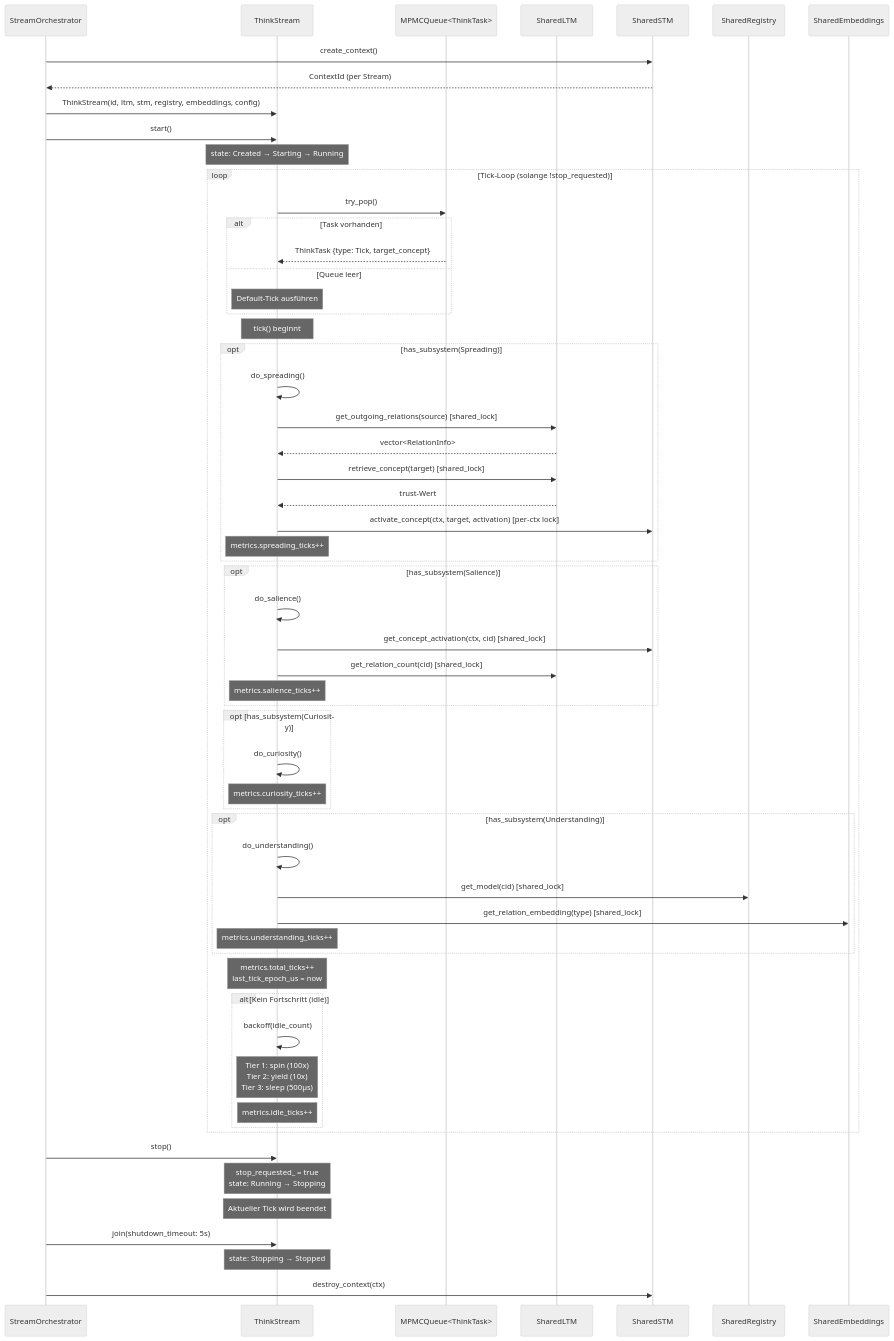
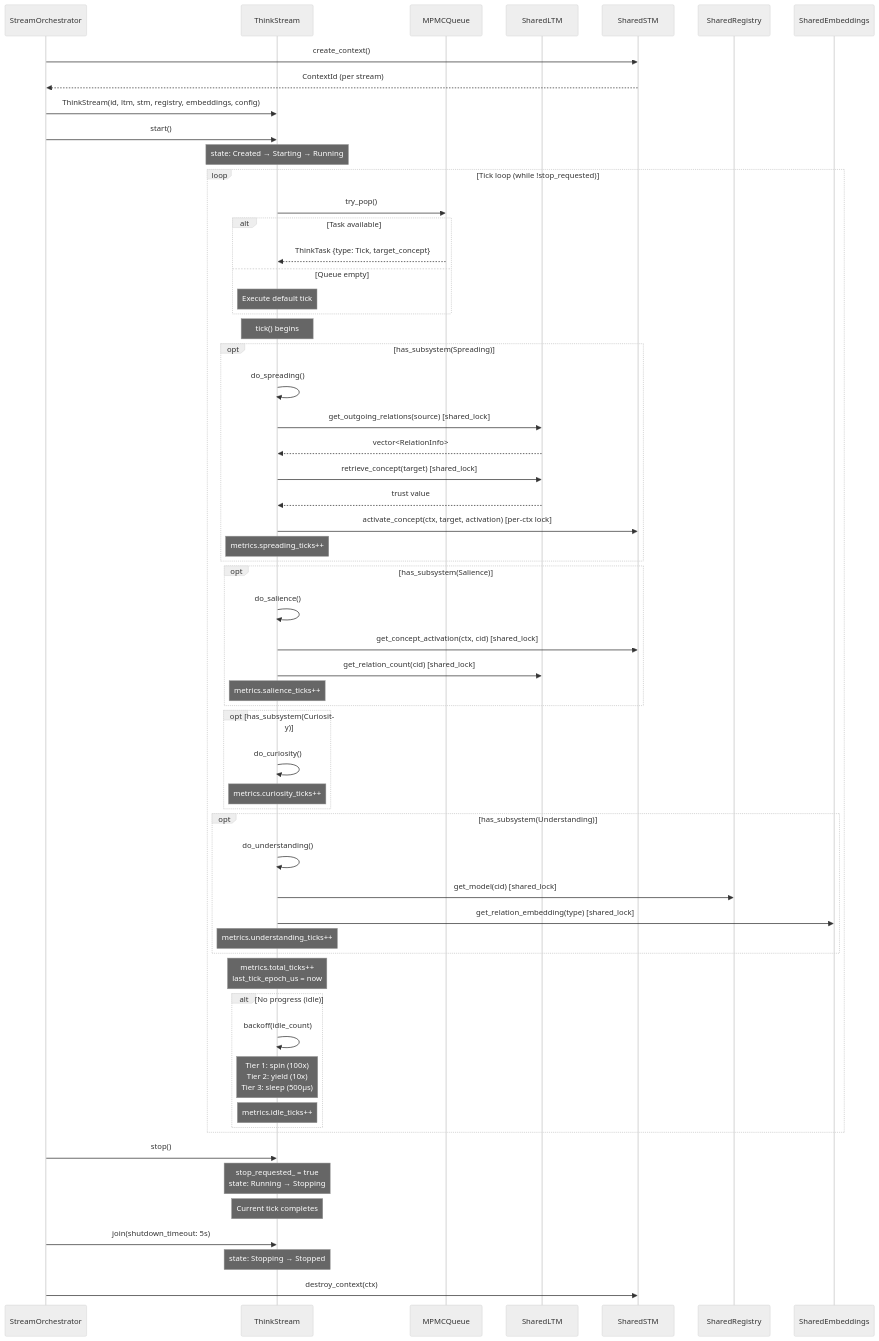
Before and after one commit to LtnNoob/Brain: diagram 14 of 17 in docs/ARCHITECTURE_DIAGRAMS.md, drawn with Mermaid (neutral theme). The commit also changed other lines of this file and 121 other files, not shown here.

First line of the commit message:
feat: Graph Architecture Refactor - Integration Plan implementation

````diff
--- a/docs/ARCHITECTURE_DIAGRAMS.md
+++ b/docs/ARCHITECTURE_DIAGRAMS.md
@@ -428,74 +926,74 @@
 ```mermaid
 sequenceDiagram
     participant SO as StreamOrchestrator
     participant TS as ThinkStream
-    participant WQ as MPMCQueue<ThinkTask>
+    participant WQ as MPMCQueue
     participant SLTM as SharedLTM
     participant SSTM as SharedSTM
     participant SREG as SharedRegistry
     participant SEMB as SharedEmbeddings
 
     SO->>SSTM: create_context()
-    SSTM-->>SO: ContextId (per Stream)
+    SSTM-->>SO: ContextId (per stream)
     SO->>TS: ThinkStream(id, ltm, stm, registry, embeddings, config)
     SO->>TS: start()
     Note over TS: state: Created → Starting → Running
 
-    loop Tick-Loop (solange !stop_requested)
+    loop Tick loop (while !stop_requested)
         TS->>WQ: try_pop()
-        alt Task vorhanden
+        alt Task available
             WQ-->>TS: ThinkTask {type: Tick, target_concept}
-        else Queue leer
-            Note over TS: Default-Tick ausführen
+        else Queue empty
+            Note over TS: Execute default tick
         end
 
-        Note over TS: tick() beginnt
+        Note over TS: tick() begins
 
         opt has_subsystem(Spreading)
             TS->>TS: do_spreading()
             TS->>SLTM: get_outgoing_relations(source) [shared_lock]
             SLTM-->>TS: vector<RelationInfo>
             TS->>SLTM: retrieve_concept(target) [shared_lock]
-            SLTM-->>TS: trust-Wert
+            SLTM-->>TS: trust value
             TS->>SSTM: activate_concept(ctx, target, activation) [per-ctx lock]
             Note over TS: metrics.spreading_ticks++
         end
 
         opt has_subsystem(Salience)
             TS->>TS: do_salience()
             TS->>SSTM: get_concept_activation(ctx, cid) [shared_lock]
             TS->>SLTM: get_relation_count(cid) [shared_lock]
             Note over TS: metrics.salience_ticks++
         end
 
         opt has_subsystem(Curiosity)
             TS->>TS: do_curiosity()
             Note over TS: metrics.curiosity_ticks++
         end
 
         opt has_subsystem(Understanding)
             TS->>TS: do_understanding()
             TS->>SREG: get_model(cid) [shared_lock]
             TS->>SEMB: get_relation_embedding(type) [shared_lock]
             Note over TS: metrics.understanding_ticks++
         end
 
         Note over TS: metrics.total_ticks++<br/>last_tick_epoch_us = now
 
-        alt Kein Fortschritt (idle)
+        alt No progress (idle)
             TS->>TS: backoff(idle_count)
             Note over TS: Tier 1: spin (100x)<br/>Tier 2: yield (10x)<br/>Tier 3: sleep (500µs)
             Note over TS: metrics.idle_ticks++
         end
     end
 
     SO->>TS: stop()
     Note over TS: stop_requested_ = true<br/>state: Running → Stopping
 
-    Note over TS: Aktueller Tick wird beendet
+    Note over TS: Current tick completes
 
     SO->>TS: join(shutdown_timeout: 5s)
     Note over TS: state: Stopping → Stopped
 
     SO->>SSTM: destroy_context(ctx)
 ```
````
